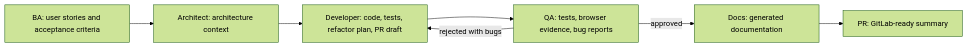
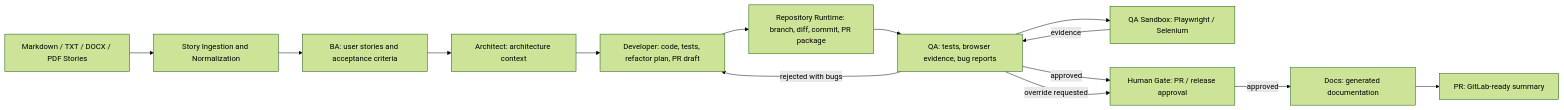
Before and after one commit to fhuamanr/LegionAgents: the second of 6 diagrams in README.md, drawn with Mermaid (forest theme). The commit also changed other lines of this file and 2 other files, not shown here.

````diff
--- a/README.md
+++ b/README.md
@@ -80,9 +94,16 @@
 ```mermaid
 flowchart LR
-  BA["BA: user stories and acceptance criteria"] --> Architect["Architect: architecture context"]
+  Input["Markdown / TXT / DOCX / PDF Stories"] --> Ingestion["Story Ingestion and Normalization"]
+  Ingestion --> BA["BA: user stories and acceptance criteria"]
+  BA --> Architect["Architect: architecture context"]
   Architect --> Developer["Developer: code, tests, refactor plan, PR draft"]
-  Developer --> QA["QA: tests, browser evidence, bug reports"]
-  QA -->|approved| Docs["Docs: generated documentation"]
+  Developer --> Repo["Repository Runtime: branch, diff, commit, PR package"]
+  Repo --> QA["QA: tests, browser evidence, bug reports"]
+  QA --> Sandbox["QA Sandbox: Playwright / Selenium"]
+  Sandbox -->|evidence| QA
+  QA -->|approved| Approval["Human Gate: PR / release approval"]
+  QA -->|override requested| Approval
+  Approval -->|approved| Docs["Docs: generated documentation"]
   QA -->|rejected with bugs| Developer
   Docs --> PR["PR: GitLab-ready summary"]
 ```
````
